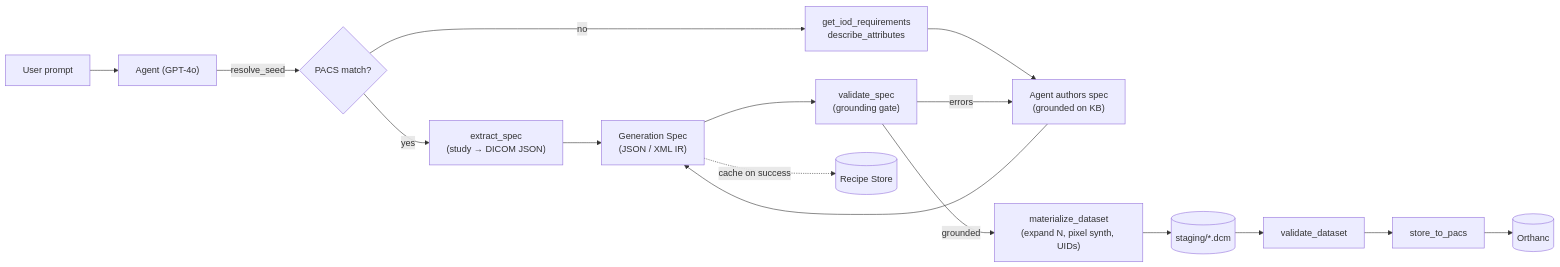
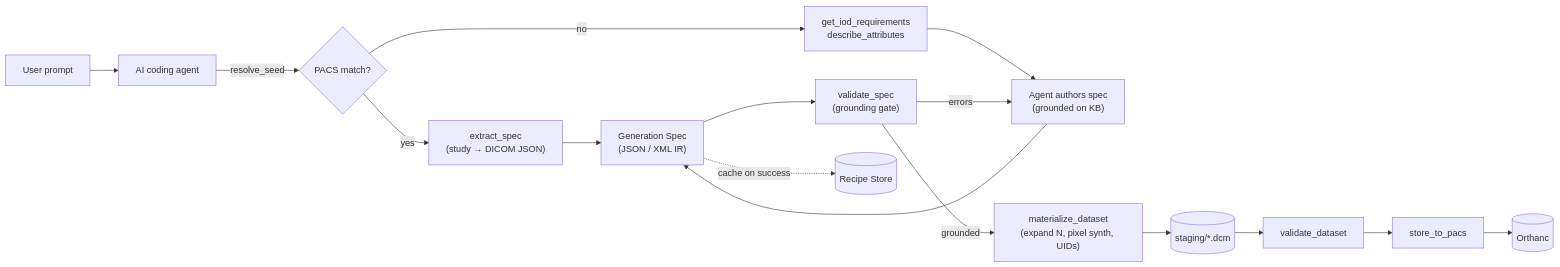
One commit to CT-Hackcelerate/PixelAtlas changed the second of 3 diagrams in docs/architecture.md. Above: the diagram before and after it, drawn with Mermaid. The commit also changed other lines of this file and 70 other files, not shown here.

````diff
--- a/docs/architecture.md
+++ b/docs/architecture.md
@@ -116,15 +121,15 @@
 ```mermaid
 flowchart LR
-    P["User prompt"] --> A["Agent (GPT-4o)"]
+    P["User prompt"] --> A["AI coding agent"]
     A -->|"resolve_seed"| RS{PACS match?}
     RS -->|yes| EX["extract_spec<br/>(study → DICOM JSON)"]
     RS -->|no| KBQ["get_iod_requirements<br/>describe_attributes"]
     EX --> SPEC["Generation Spec<br/>(JSON / XML IR)"]
     KBQ --> A2["Agent authors spec<br/>(grounded on KB)"] --> SPEC
     SPEC --> VS["validate_spec<br/>(grounding gate)"]
     VS -->|errors| A2
     VS -->|grounded| MAT["materialize_dataset<br/>(expand N, pixel synth, UIDs)"]
     MAT --> DCM[("staging/*.dcm")]
     DCM --> VD["validate_dataset"] --> ST["store_to_pacs"] --> ORT[("Orthanc")]
     SPEC -.cache on success.-> REC[("Recipe Store")]
 ```
````
